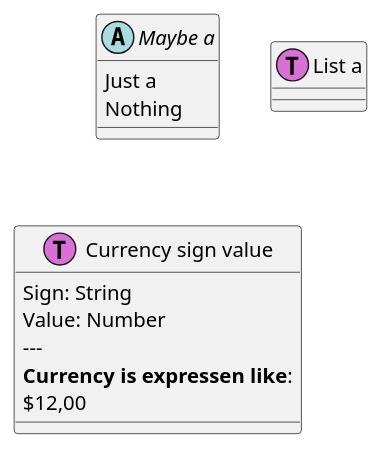
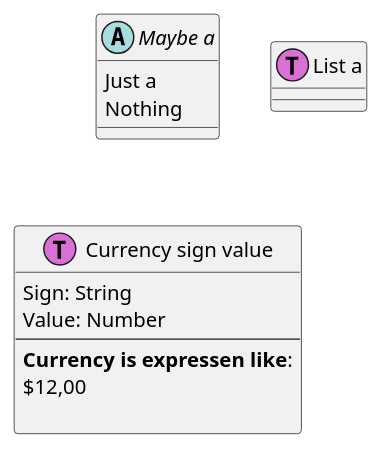
Before and after one commit to Baudin999/car-lang: the diagram in Examples/.out/Prelude/Prelude.puml, drawn with PlantUML. The commit also changed 13 other files, not shown here.

```diff
--- a/Examples/.out/Prelude/Prelude.puml
+++ b/Examples/.out/Prelude/Prelude.puml
@@ -1,14 +1,14 @@
 abstract "Maybe a" as Maybe {
 	Just a
 	Nothing 
 }
 class "List a" as List << (T,orchid) >> {
 }
 class "Currency sign value" as Currency << (T,orchid) >> {
 	Sign: String 
 	Value: Number 
-  ---
+--
   <b>Currency is expressen like</b>:
  $12,00
     
 }
```
